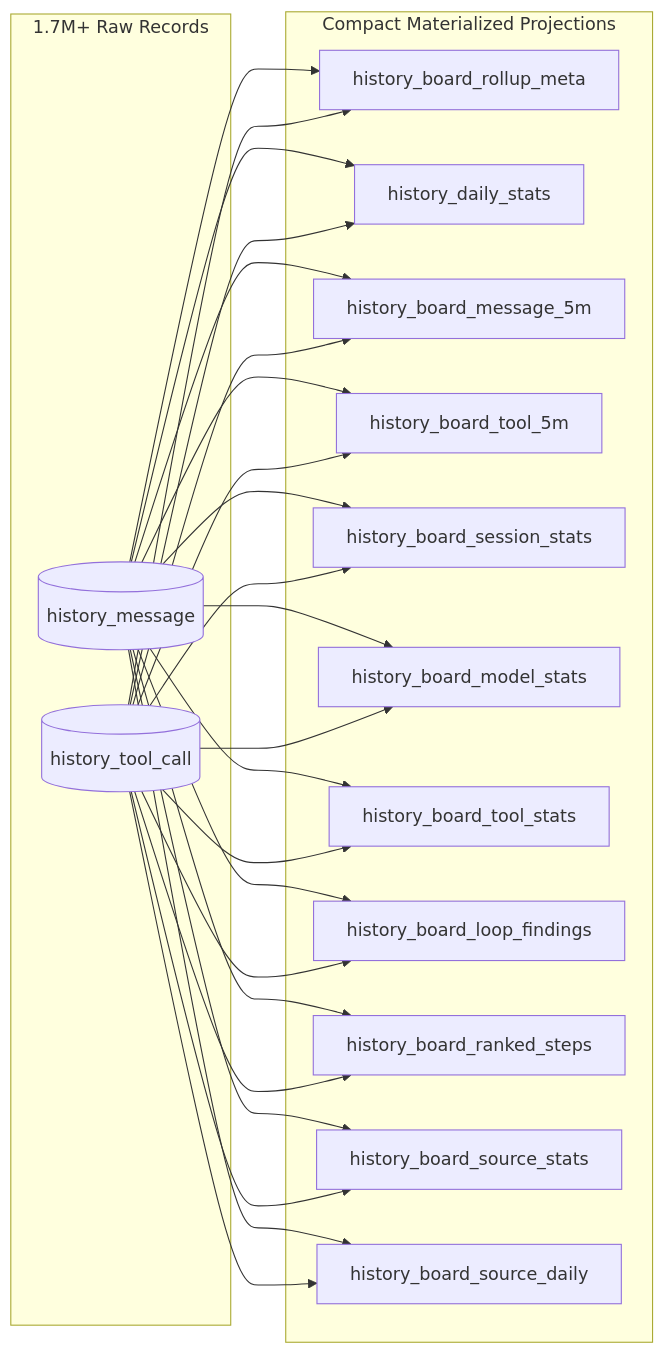
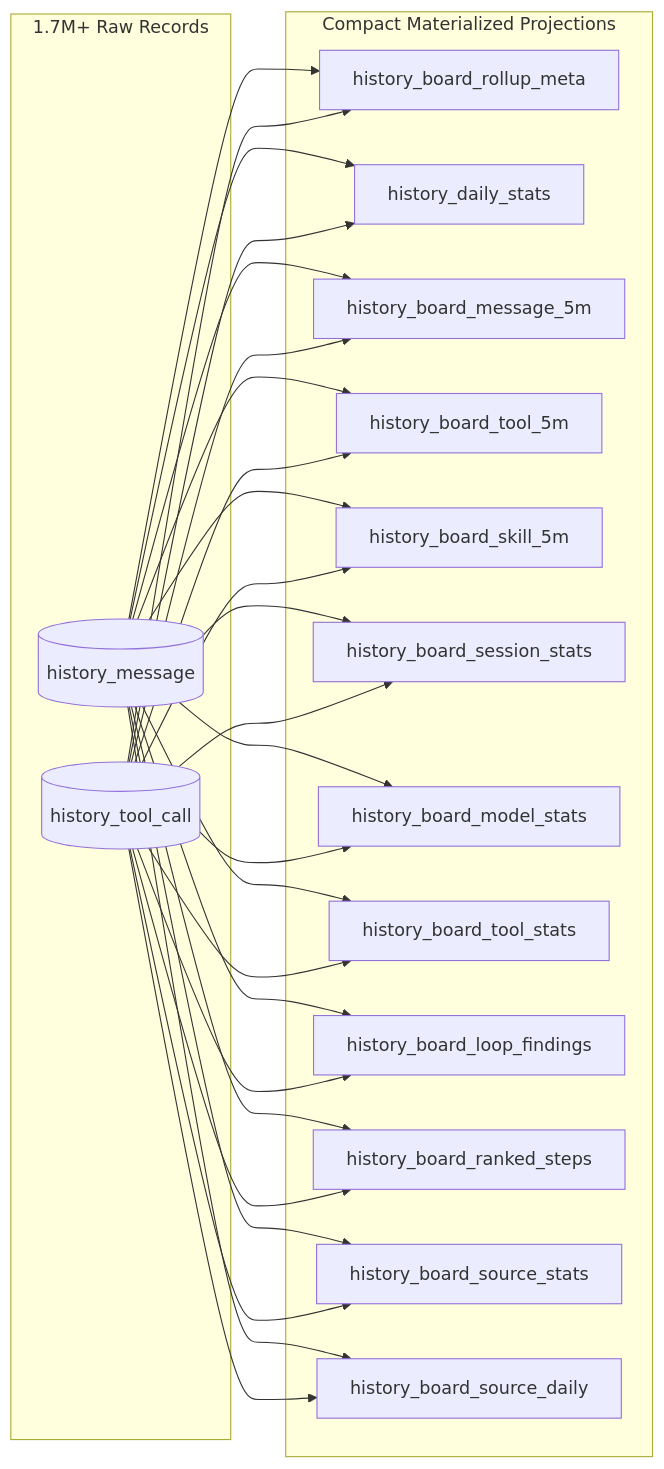
The third of 4 diagrams in docs/design/history-data-processing.md (gobing-ai/spur), drawn with Mermaid before and after one commit. The commit also changed other lines of this file and 25 other files, not shown here.

First line of the commit message:
feat(history): E9 skill-call loading band — materialized rollup, Summary breakdown, ts-libs 0.4.54 consumption

````diff
--- a/docs/design/history-data-processing.md
+++ b/docs/design/history-data-processing.md
@@ -166,23 +167,24 @@
 ```mermaid
 graph LR
     subgraph Raw Records [1.7M+ Raw Records]
         M[(history_message)]
         T[(history_tool_call)]
     end
 
     subgraph Rollup Tables [Compact Materialized Projections]
         META[history_board_rollup_meta]
         DAILY[history_daily_stats]
         M5M[history_board_message_5m]
         T5M[history_board_tool_5m]
+        SKILL[history_board_skill_5m]
         SESS[history_board_session_stats]
         MOD[history_board_model_stats]
         TOOL[history_board_tool_stats]
         LOOP[history_board_loop_findings]
         RANK[history_board_ranked_steps]
         SRC[history_board_source_stats]
         SRCD[history_board_source_daily]
     end
 
-    M & T --> META & DAILY & M5M & T5M & SESS & MOD & TOOL & LOOP & RANK & SRC & SRCD
+    M & T --> META & DAILY & M5M & T5M & SKILL & SESS & MOD & TOOL & LOOP & RANK & SRC & SRCD
 ```
````
